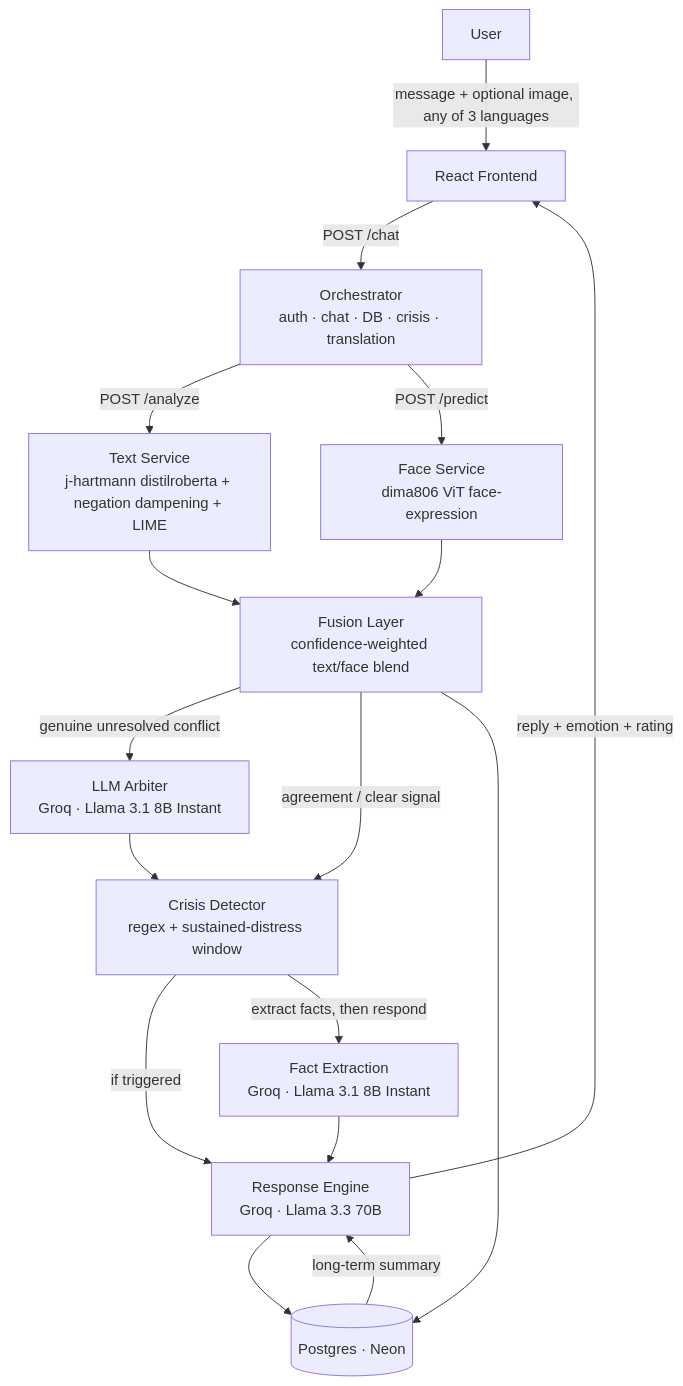
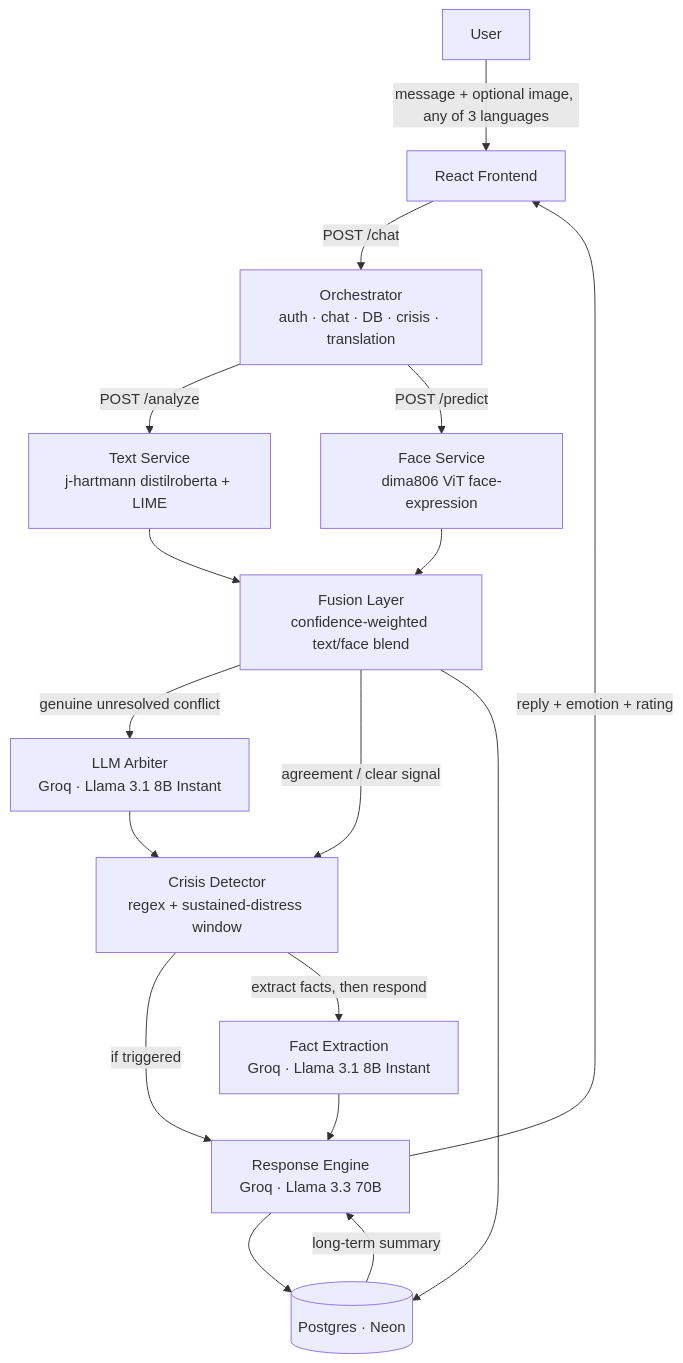
The diagram in README.md (Aadithyaar22/MoodScript), drawn with Mermaid before and after one commit. The commit also changed other lines of this file and 11 other files, not shown here.

````diff
--- a/README.md
+++ b/README.md
@@ -90,19 +90,19 @@
 ```mermaid
 flowchart TD
     U[User] -->|message + optional image, any of 3 languages| FE[React Frontend]
     FE -->|POST /chat| API[Orchestrator<br/>auth · chat · DB · crisis · translation]
-    API -->|POST /analyze| TXT[Text Service<br/>j-hartmann distilroberta + negation dampening + LIME]
+    API -->|POST /analyze| TXT[Text Service<br/>j-hartmann distilroberta + LIME]
     API -->|POST /predict| FACE[Face Service<br/>dima806 ViT face-expression]
     TXT --> FUSE[Fusion Layer<br/>confidence-weighted text/face blend]
     FACE --> FUSE
     FUSE -->|genuine unresolved conflict| ARB[LLM Arbiter<br/>Groq · Llama 3.1 8B Instant]
     ARB --> CRISIS
     FUSE -->|agreement / clear signal| CRISIS[Crisis Detector<br/>regex + sustained-distress window]
     CRISIS -->|if triggered| LLM[Response Engine<br/>Groq · Llama 3.3 70B]
     CRISIS -->|extract facts, then respond| EXTRACT[Fact Extraction<br/>Groq · Llama 3.1 8B Instant]
     EXTRACT --> LLM
     LLM --> DB[(Postgres · Neon)]
     FUSE --> DB
     DB -->|long-term summary| LLM
     LLM -->|reply + emotion + rating| FE
 ```
````
